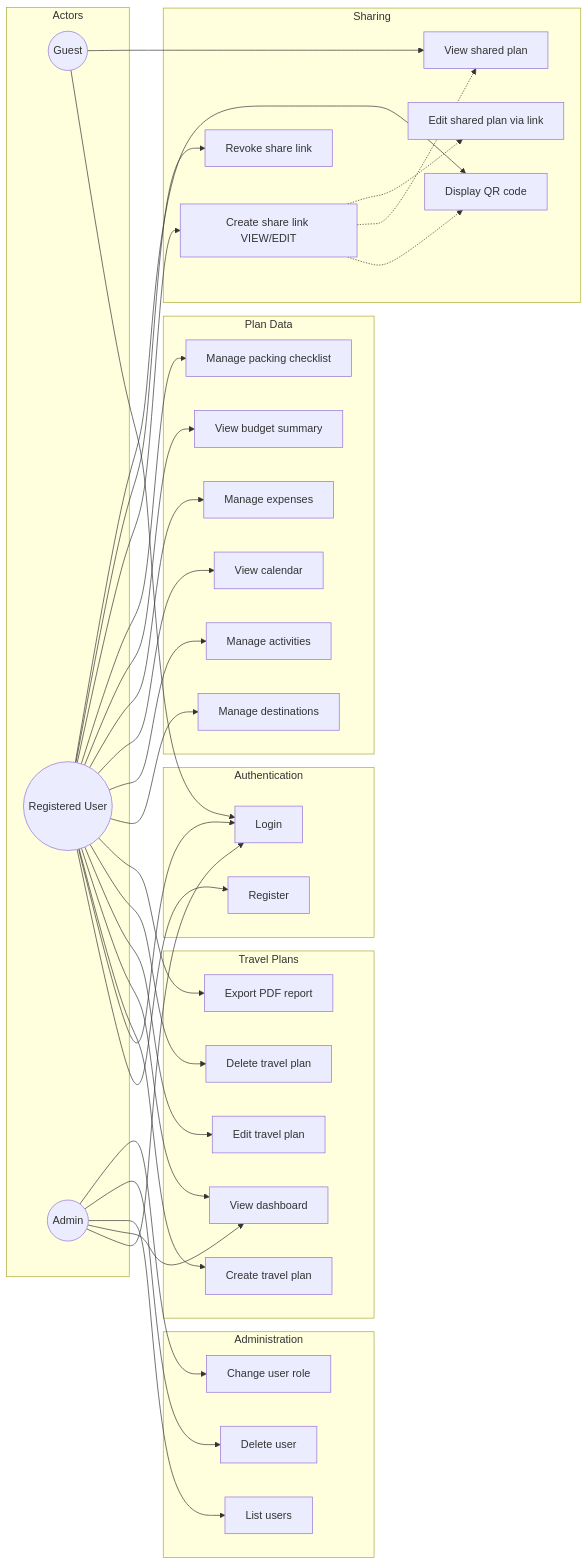
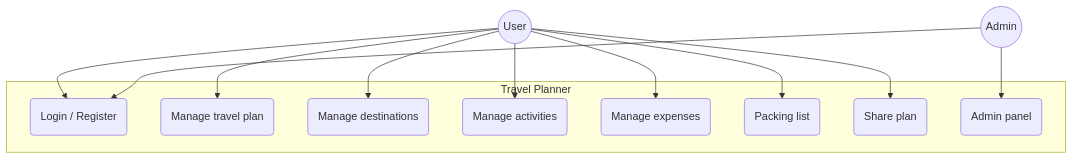
Before and after one commit to ivanna200/TravelPlannerApp: the diagram in docs/use-case-diagram.md, drawn with Mermaid. The commit also changed other lines of this file and 8 other files, not shown here.

Commit message:
instant user removal on admin delete and session invalidation

````diff
--- a/docs/use-case-diagram.md
+++ b/docs/use-case-diagram.md
@@ -5,74 +7,27 @@
 ```mermaid
-flowchart LR
-    subgraph actors [Actors]
-        Guest((Guest))
-        User((Registered User))
-        Admin((Admin))
+flowchart TB
+    User((User))
+    Admin((Admin))
+
+    subgraph System[Travel Planner]
+        UC1(Login / Register)
+        UC2(Manage travel plan)
+        UC3(Manage destinations)
+        UC4(Manage activities)
+        UC5(Manage expenses)
+        UC6(Packing list)
+        UC7(Share plan)
+        UC8(Admin panel)
     end
-
-    subgraph auth [Authentication]
-        UC1[Register]
-        UC2[Login]
-    end
-
-    subgraph plans [Travel Plans]
-        UC3[Create travel plan]
-        UC4[View dashboard]
-        UC5[Edit travel plan]
-        UC6[Delete travel plan]
-        UC7[Export PDF report]
-    end
-
-    subgraph planData [Plan Data]
-        UC8[Manage destinations]
-        UC9[Manage activities]
-        UC10[View calendar]
-        UC11[Manage expenses]
-        UC12[View budget summary]
-        UC13[Manage packing checklist]
-    end
-
-    subgraph sharing [Sharing]
-        UC14[Create share link VIEW/EDIT]
-        UC15[Revoke share link]
-        UC16[Display QR code]
-        UC17[View shared plan]
-        UC18[Edit shared plan via link]
-    end
-
-    subgraph admin [Administration]
-        UC19[List users]
-        UC20[Delete user]
-        UC21[Change user role]
-    end
-
-    Guest --> UC2
-    Guest --> UC17
 
     User --> UC1
     User --> UC2
     User --> UC3
     User --> UC4
     User --> UC5
     User --> UC6
     User --> UC7
-    User --> UC8
-    User --> UC9
-    User --> UC10
-    User --> UC11
-    User --> UC12
-    User --> UC13
-    User --> UC14
-    User --> UC15
-    User --> UC16
 
-    Admin --> UC2
-    Admin --> UC4
-    Admin --> UC19
-    Admin --> UC20
-    Admin --> UC21
-
-    UC14 -.-> UC16
-    UC14 -.-> UC17
-    UC14 -.-> UC18
+    Admin --> UC1
+    Admin --> UC8
 ```
````
